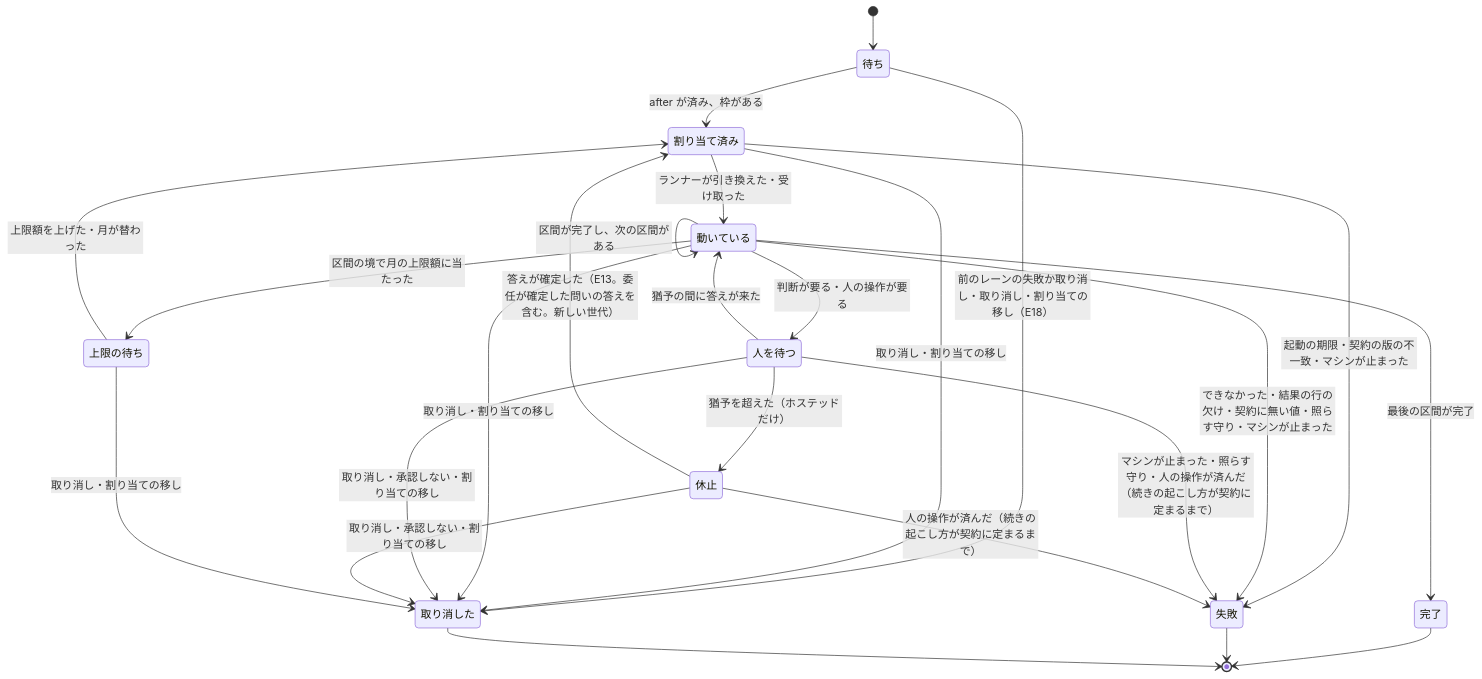
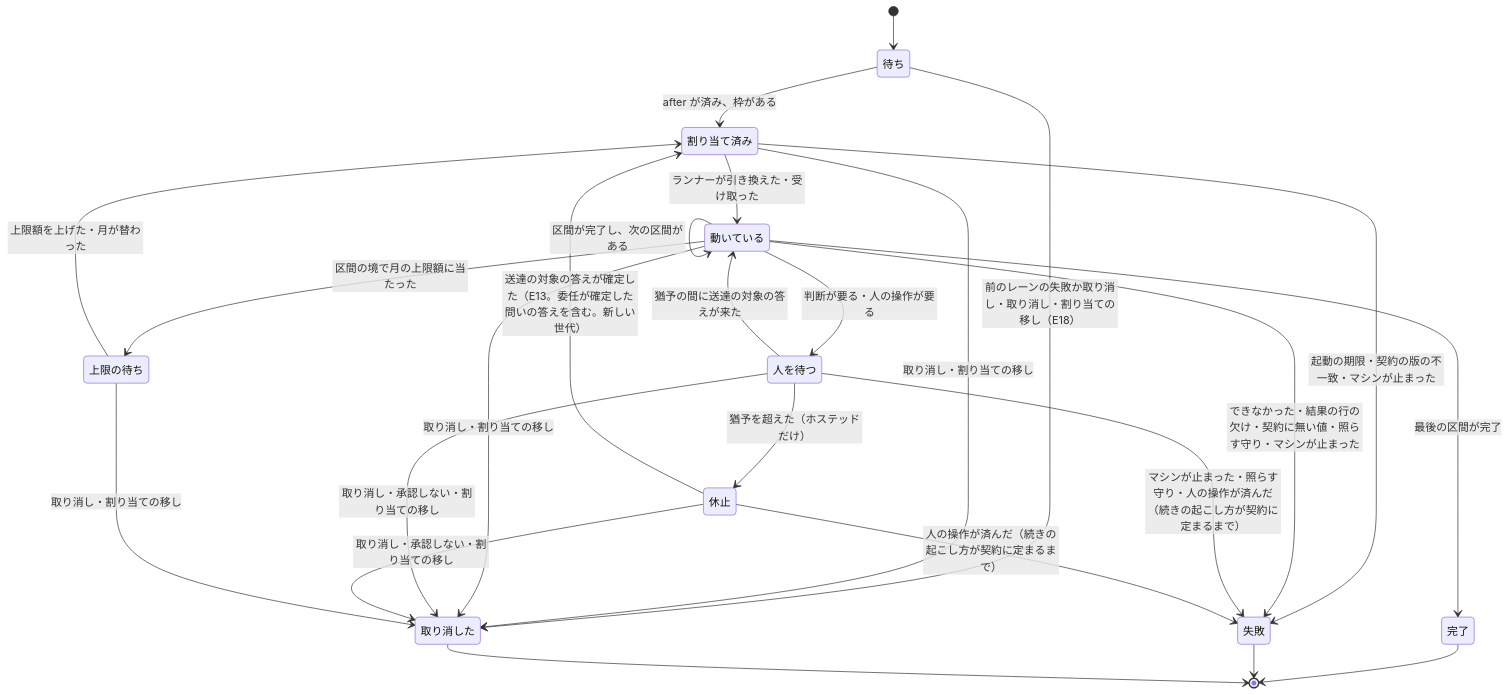
Before and after one commit to devbasex/nd-factory: the fourth of 10 diagrams in docs/design/execution.md, drawn with Mermaid. The commit also changed other lines of this file, not shown here.

````diff
--- a/docs/design/execution.md
+++ b/docs/design/execution.md
@@ -110,27 +110,27 @@
 ```mermaid
 stateDiagram-v2
     [*] --> 待ち
     待ち --> 割り当て済み: after が済み、枠がある
     待ち --> 取り消した: 前のレーンの失敗か取り消し・取り消し・割り当ての移し（E18）
     割り当て済み --> 動いている: ランナーが引き換えた・受け取った
     割り当て済み --> 失敗: 起動の期限・契約の版の不一致・マシンが止まった
     割り当て済み --> 取り消した: 取り消し・割り当ての移し
     動いている --> 動いている: 区間が完了し、次の区間がある
     動いている --> 人を待つ: 判断が要る・人の操作が要る
-    人を待つ --> 動いている: 猶予の間に答えが来た
+    人を待つ --> 動いている: 猶予の間に送達の対象の答えが来た
     人を待つ --> 休止: 猶予を超えた（ホステッドだけ）
-    休止 --> 割り当て済み: 答えが確定した（E13。委任が確定した問いの答えを含む。新しい世代）
+    休止 --> 割り当て済み: 送達の対象の答えが確定した（E13。委任が確定した問いの答えを含む。新しい世代）
     動いている --> 上限の待ち: 区間の境で月の上限額に当たった
     上限の待ち --> 割り当て済み: 上限額を上げた・月が替わった
     動いている --> 完了: 最後の区間が完了
     動いている --> 失敗: できなかった・結果の行の欠け・契約に無い値・照らす守り・マシンが止まった
     人を待つ --> 失敗: マシンが止まった・照らす守り・人の操作が済んだ（続きの起こし方が契約に定まるまで）
     休止 --> 失敗: 人の操作が済んだ（続きの起こし方が契約に定まるまで）
     動いている --> 取り消した: 取り消し・割り当ての移し
     人を待つ --> 取り消した: 取り消し・承認しない・割り当ての移し
     休止 --> 取り消した: 取り消し・承認しない・割り当ての移し
     上限の待ち --> 取り消した: 取り消し・割り当ての移し
     完了 --> [*]
     失敗 --> [*]
     取り消した --> [*]
 ```
````
